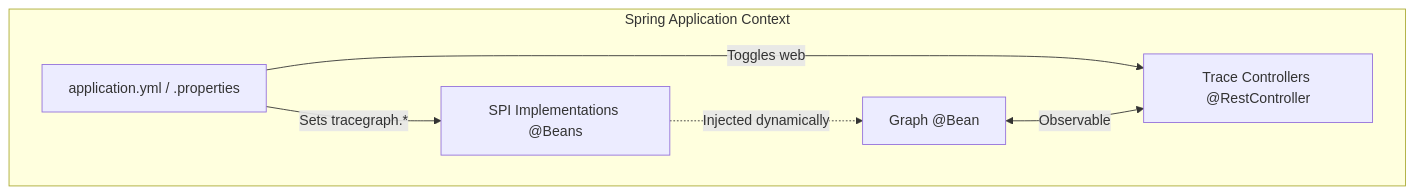
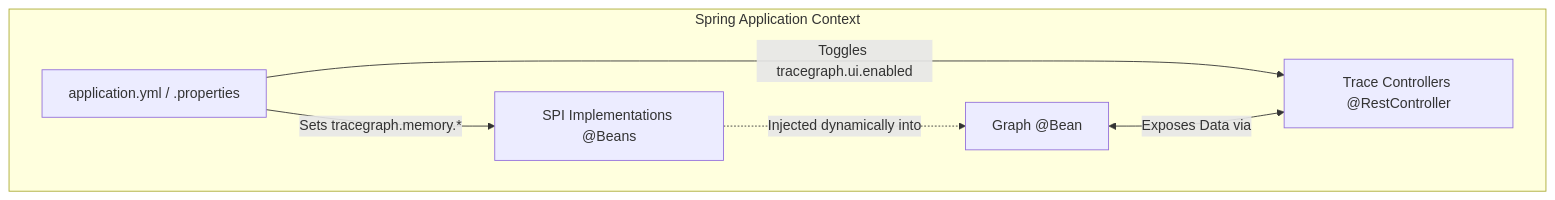
The diagram in tracegraph-spring-boot-starter/README.md (kimhongzhang323/TraceGraph), drawn with Mermaid before and after one commit. The commit also changed other lines of this file and 19 other files, not shown here.

````diff
--- a/tracegraph-spring-boot-starter/README.md
+++ b/tracegraph-spring-boot-starter/README.md
@@ -12,14 +17,14 @@
 ```mermaid
 graph TD
     subgraph Spring Application Context
         Config[application.yml / .properties]
         Deps[SPI Implementations @Beans]
         REST[Trace Controllers @RestController]
         UserGraph[Graph @Bean]
     end
     
-    Config -->|Sets tracegraph.*| Deps
-    Config -->|Toggles web| REST
-    Deps -.->|Injected dynamically| UserGraph
-    UserGraph <-->|Observable| REST
+    Config -->|"Sets tracegraph.memory.*"| Deps
+    Config -->|"Toggles tracegraph.ui.enabled"| REST
+    Deps -.->|"Injected dynamically into"| UserGraph
+    UserGraph <-->|"Exposes Data via"| REST
 ```
````
